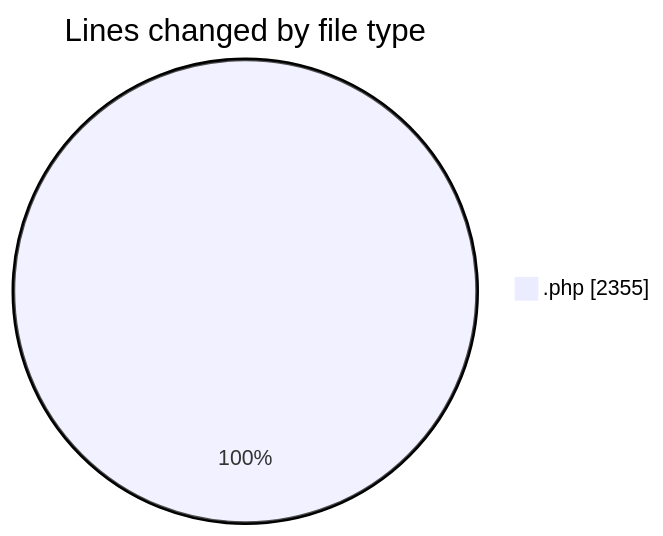
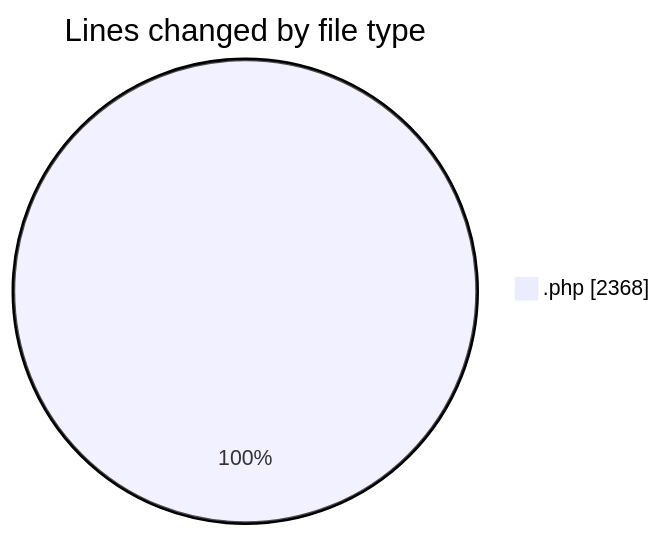
One commit to debugP/code-tracking changed the first of 2 diagrams in 2025-10-08/untitled__workspace_/README.md. Above: the diagram before and after it, drawn with Mermaid. The commit also changed other lines of this file and 1 other file, not shown here.

````diff
--- a/2025-10-08/untitled__workspace_/README.md
+++ b/2025-10-08/untitled__workspace_/README.md
@@ -24,5 +24,5 @@
 ```mermaid
 pie showData
 title Lines changed by file type
-".php" : 2355
+".php" : 2368
 ```
````
